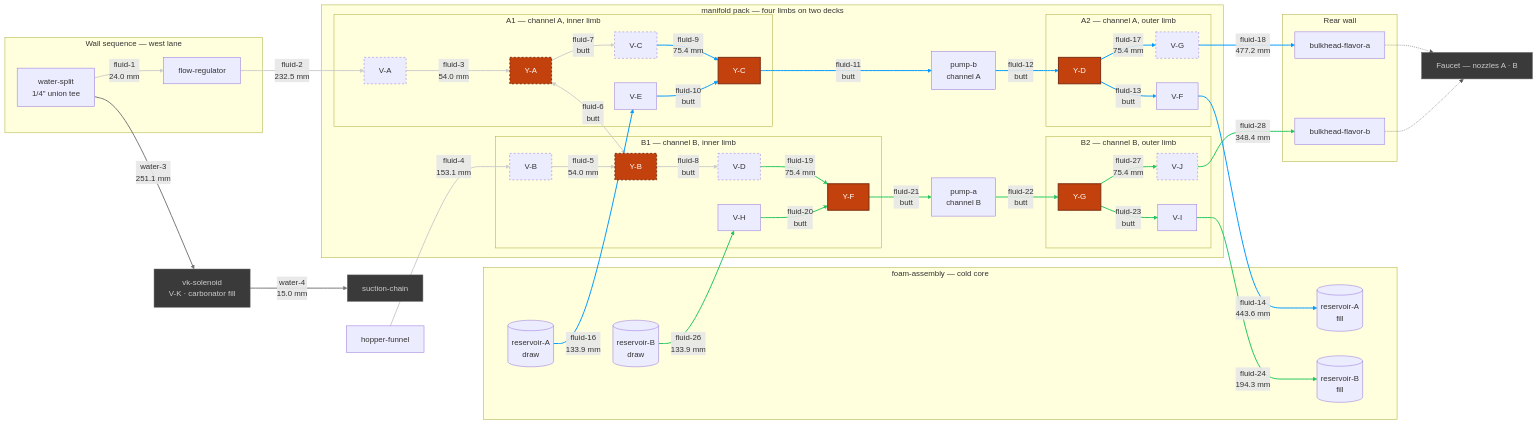
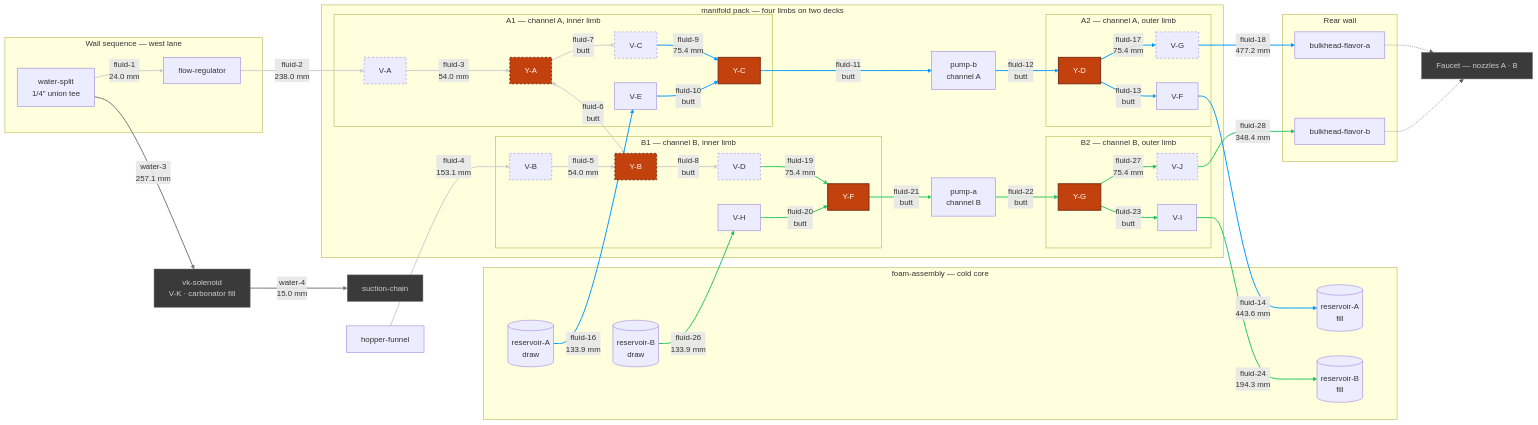
One commit to derekbreden/homesodamachine changed the diagram in hardware/topology/fluid-topology-manifold.mmd. Above: the diagram before and after it, drawn with Mermaid. The commit also changed 8 other files, not shown here.

```diff
--- a/hardware/topology/fluid-topology-manifold.mmd
+++ b/hardware/topology/fluid-topology-manifold.mmd
@@ -14,7 +14,7 @@
   %% [26](SEGMENT_COUNT) flavor segments. [11](BUTT_COUNT) are collet butted to collet and carry
   %% no tube at all; [9](DRAWN_COUNT) are swept runs between placed bodies; the rest are the
   %% hinge's four hairpins and the source pair's two quarter-and-step turns. What is cut comes to
-  %% [2550.4 mm](FLUID_TOTAL) of 1/4" LLDPE over [39](FLUID_BENDS) corners, and the longest is
+  %% [2556.0 mm](FLUID_TOTAL) of 1/4" LLDPE over [39](FLUID_BENDS) corners, and the longest is
   %% [fluid-18](LONGEST_ID) at [477.2 mm](LONGEST_LEN). [0](OPEN_COUNT) are mouths with nothing
   %% on the far end of them: EVERY FLAVOR SEGMENT IN THIS CHART IS MADE. The hopper's gravity
   %% drain is drawn like the rest — the funnel is seated in the box rather than placed in the
@@ -115,7 +115,7 @@
   %% V-B come off the folded deck's plane on a quarter turn of R14, then step 28 mm further along
   %% the run and 14 mm across it, toward the cold core's crown.
   Split -->|"fluid-1<br/>24.0 mm"| FlowReg
-  FlowReg -->|"fluid-2<br/>232.5 mm"| VA
+  FlowReg -->|"fluid-2<br/>238.0 mm"| VA
   VA -->|"fluid-3<br/>54.0 mm"| YA
   Hopper -->|"fluid-4<br/>153.1 mm"| VB
   VB -->|"fluid-5<br/>54.0 mm"| YB
@@ -162,7 +162,7 @@
   %% V-K gates the carbonator fill off the same split fluid-1 leaves. It stands on the cold core's
   %% crown, east of the SeaFlo, and water-3 is the one run in the assembly that crosses the whole
   %% machine — the split is in the west lane, V-K is on the east, and its inlet faces forward.
-  Split -->|"water-3<br/>251.1 mm"| VK
+  Split -->|"water-3<br/>257.1 mm"| VK
   VK -->|"water-4<br/>15.0 mm"| SuctChain
 
   %% =========================
```
